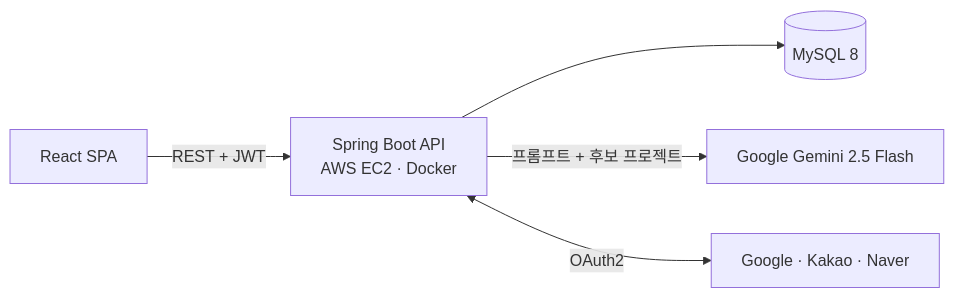
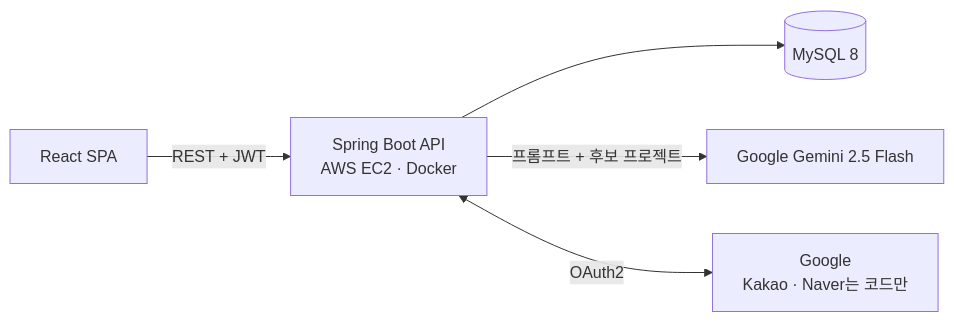
One commit to happyzerojun/team-builder-backend changed the first of 3 diagrams in README.md. Above: the diagram before and after it, drawn with Mermaid. The commit also changed other lines of this file, not shown here.

````diff
--- a/README.md
+++ b/README.md
@@ -36,7 +36,7 @@
 ```mermaid
 flowchart LR
     FE[React SPA] -->|REST + JWT| BE[Spring Boot API<br/>AWS EC2 · Docker]
     BE --> DB[(MySQL 8)]
     BE -->|프롬프트 + 후보 프로젝트| AI[Google Gemini 2.5 Flash]
-    BE <-->|OAuth2| SNS[Google · Kakao · Naver]
+    BE <-->|OAuth2| SNS[Google<br/>Kakao · Naver는 코드만]
 ```
````
